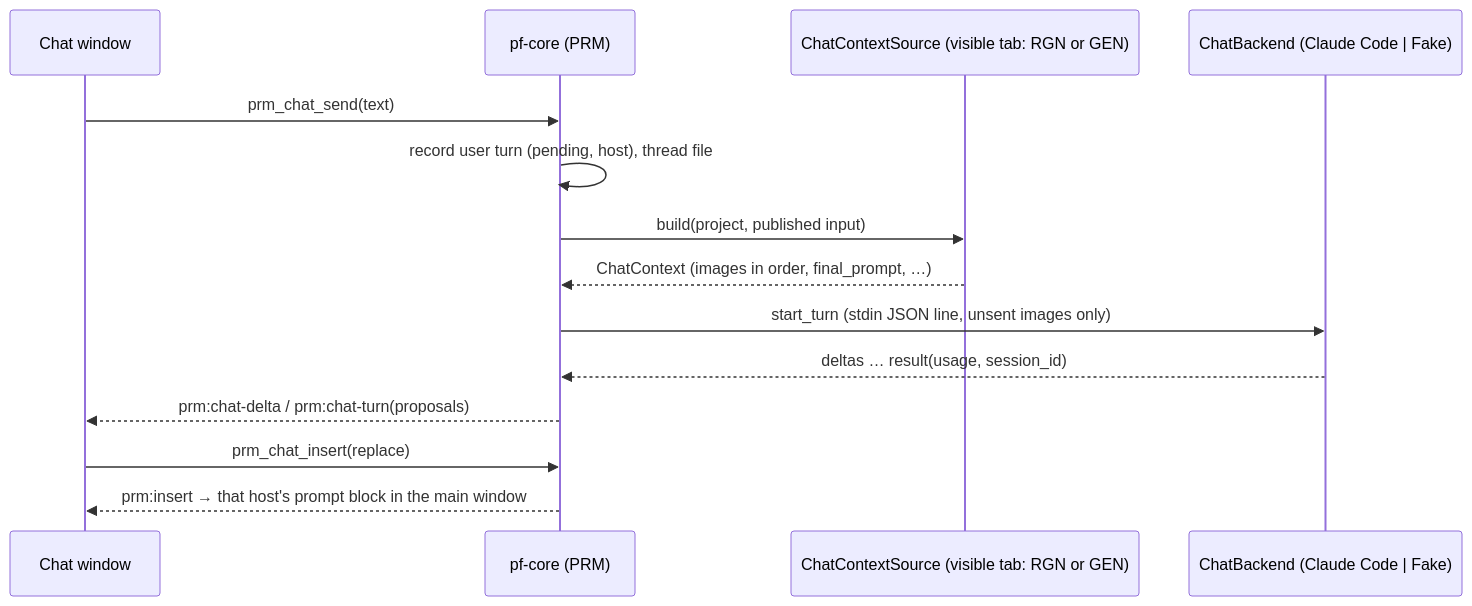
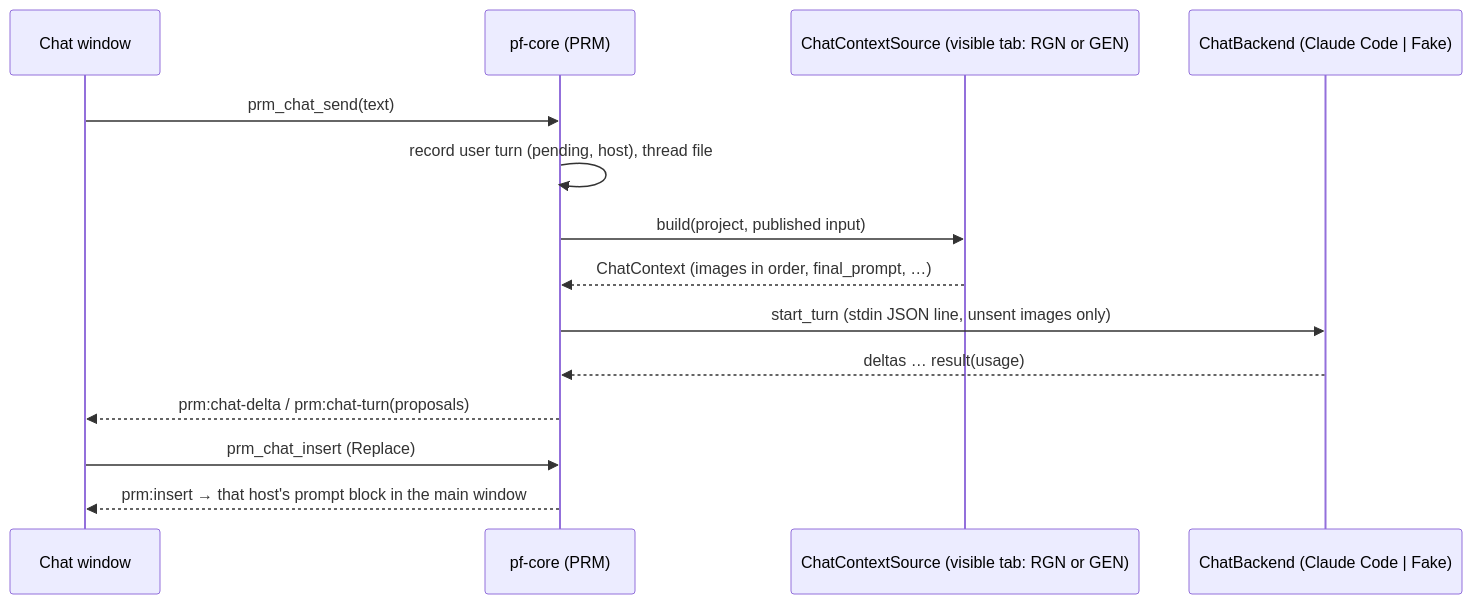
Before and after one commit to szymonbalasz/pocket-forge: the diagram in docs/specs/prompt-helper.md, drawn with Mermaid. The commit also changed other lines of this file, not shown here.

Commit message:
PRM: apply #60 (all OQs resolved, v1 chat scope, isolated CLAUDE_CONFIG_DIR, --no-session-persistence)

````diff
--- a/docs/specs/prompt-helper.md
+++ b/docs/specs/prompt-helper.md
@@ -167,16 +164,16 @@
 ```mermaid
 sequenceDiagram
   participant W as Chat window
   participant C as pf-core (PRM)
   participant H as ChatContextSource (visible tab: RGN or GEN)
   participant B as ChatBackend (Claude Code | Fake)
   W->>C: prm_chat_send(text)
   C->>C: record user turn (pending, host), thread file
   C->>H: build(project, published input)
   H-->>C: ChatContext (images in order, final_prompt, …)
   C->>B: start_turn (stdin JSON line, unsent images only)
-  B-->>C: deltas … result(usage, session_id)
+  B-->>C: deltas … result(usage)
   C-->>W: prm:chat-delta / prm:chat-turn(proposals)
-  W->>C: prm_chat_insert(replace)
+  W->>C: prm_chat_insert (Replace)
   C-->>W: prm:insert → that host's prompt block in the main window
 ```
````
